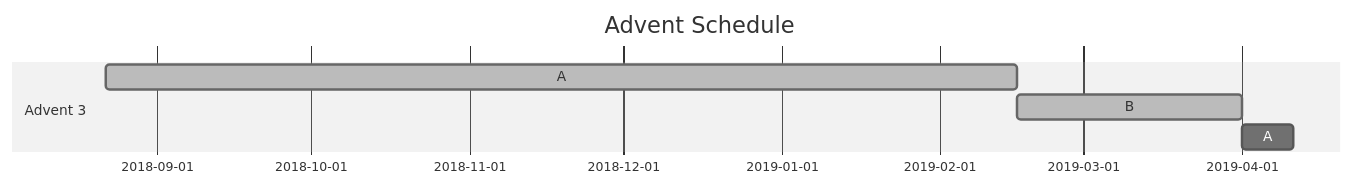
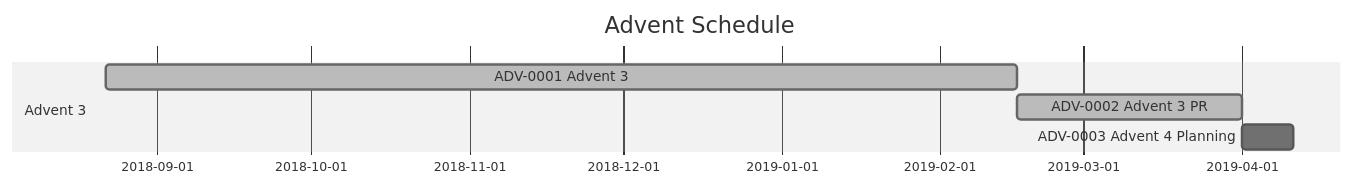
One commit to VivaRado/Advent changed the second of 2 diagrams in README.md. Above: the diagram before and after it, drawn with Mermaid (neutral theme). The commit also changed 2 other files, not shown here.

Commit message:
ADV-0003

````diff
--- a/README.md
+++ b/README.md
@@ -696,9 +696,9 @@
 ```mermaid
 gantt
         dateFormat  YYYY-MM-DD
         title Advent Schedule
         section Advent 3
-        A:         done,des1, 2018-08-22,2019-02-16
-        B:         done,des2, 2019-02-16, 2019-04-01
-        A:         des3, after des2, 10d
+        ADV-0001 Advent 3:         done,des1, 2018-08-22,2019-02-16
+        ADV-0002 Advent 3 PR:         done,des2, 2019-02-16, 2019-04-01
+        ADV-0003 Advent 4 Planning:         des3, after des2, 10d
 ```
````
